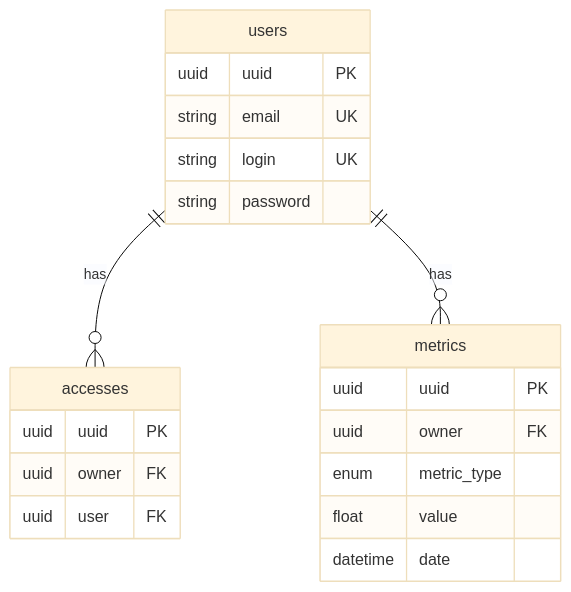
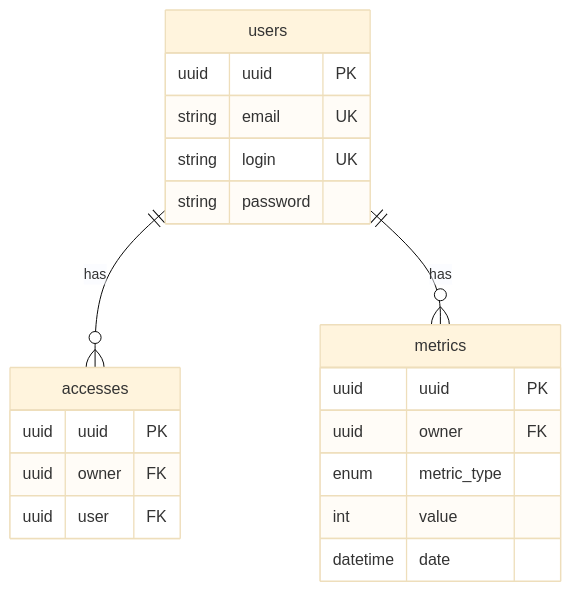
The first of 2 diagrams in README.md (Willsem/health-metrics), drawn with Mermaid (base theme) before and after one commit. The commit also changed 9 other files, not shown here.

````diff
--- a/README.md
+++ b/README.md
@@ -8,26 +8,26 @@
 ```mermaid
 erDiagram
 	users {
 		uuid uuid PK
 		string email UK
 		string login UK
 		string password
 	}
 
 	metrics {
 		uuid uuid PK
 		uuid owner FK
 		enum metric_type
-		float value
+		int value
 		datetime date
 	}
 
 	accesses {
 		uuid uuid PK
 		uuid owner FK
 		uuid user FK
 	}
 
 	users ||--o{ accesses : has
 	users ||--o{ metrics : has
 ```
````
